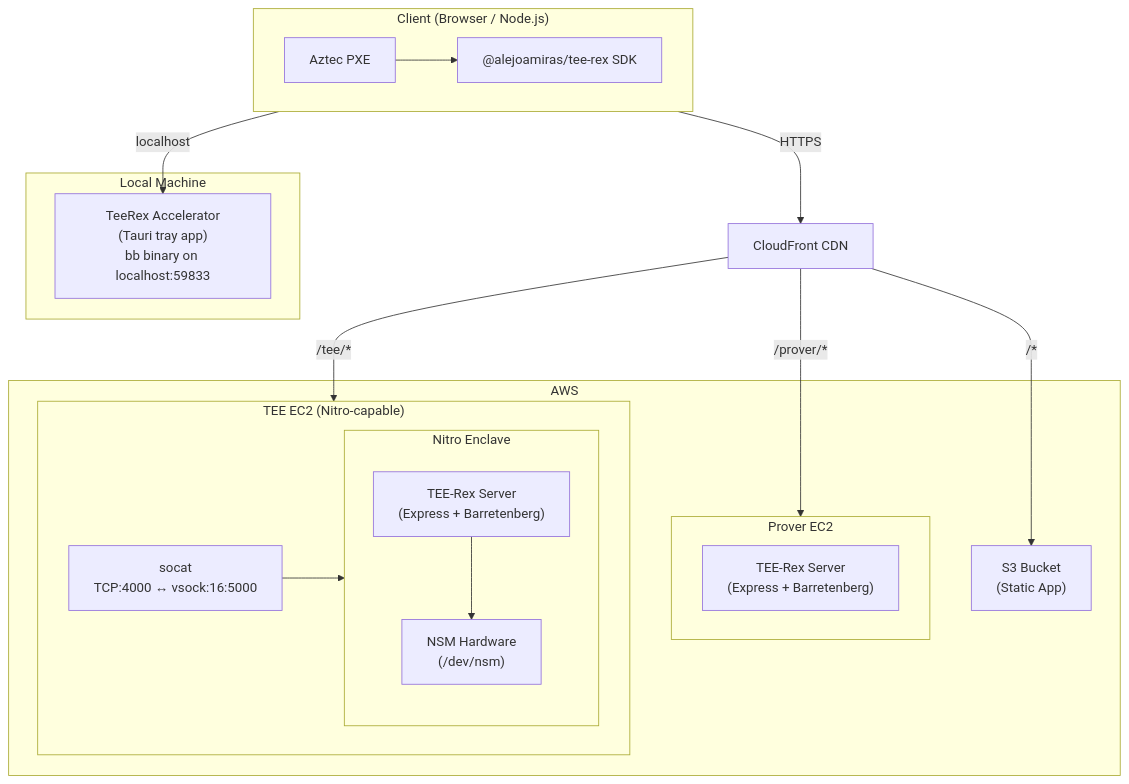
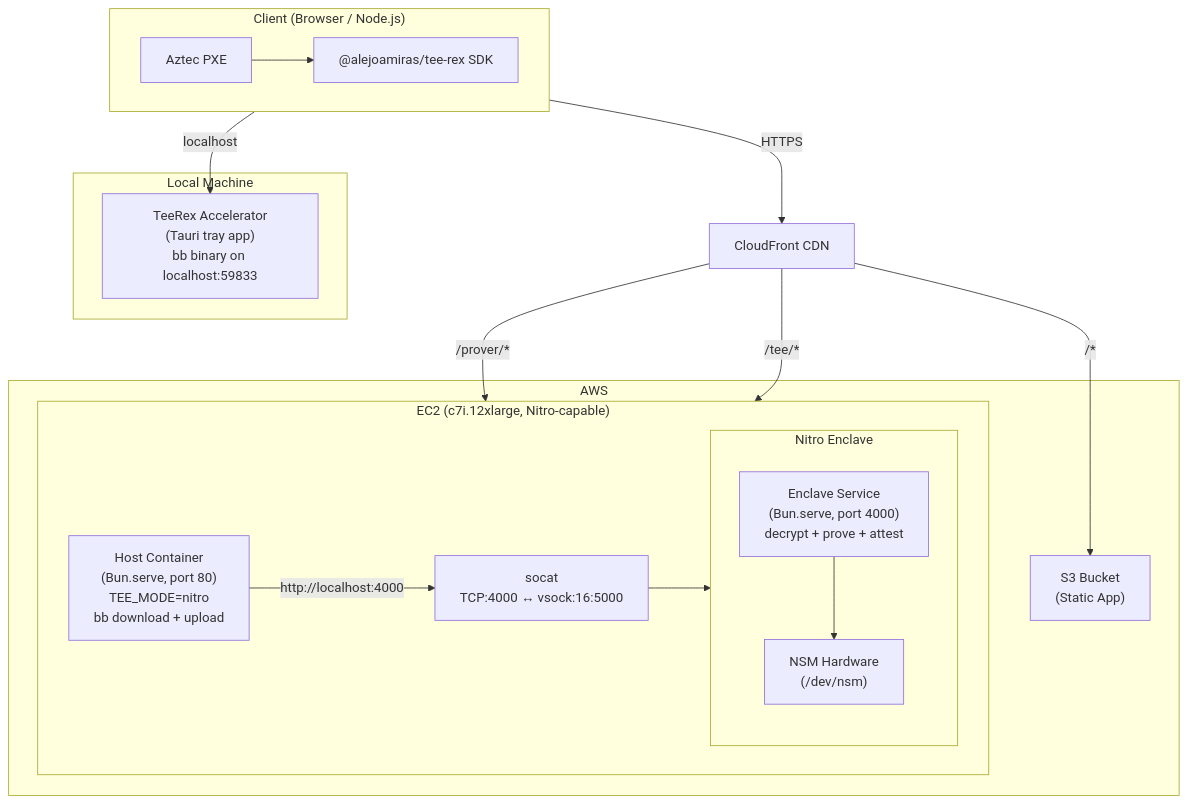
Before and after one commit to alejoamiras/tee-rex: the first of 4 diagrams in docs/architecture.md, drawn with Mermaid. The commit also changed other lines of this file and 40 other files, not shown here.

First line of the commit message:
feat: thin enclave architecture — host-managed bb versions (#193)

````diff
--- a/docs/architecture.md
+++ b/docs/architecture.md
@@ -7,38 +7,36 @@
 ```mermaid
 graph TB
   subgraph Client["Client (Browser / Node.js)"]
     PXE["Aztec PXE"]
     SDK["@alejoamiras/tee-rex SDK"]
     PXE --> SDK
   end
 
   subgraph Local["Local Machine"]
     Accelerator["TeeRex Accelerator<br/>(Tauri tray app)<br/>bb binary on localhost:59833"]
   end
 
   CF["CloudFront CDN"]
 
   subgraph AWS["AWS"]
     S3["S3 Bucket<br/>(Static App)"]
 
-    subgraph ProverEC2["Prover EC2"]
-      ProverServer["TEE-Rex Server<br/>(Express + Barretenberg)"]
-    end
-
-    subgraph TeeEC2["TEE EC2 (Nitro-capable)"]
+    subgraph EC2["EC2 (c7i.12xlarge, Nitro-capable)"]
+      Host["Host Container<br/>(Bun.serve, port 80)<br/>TEE_MODE=nitro<br/>bb download + upload"]
       Socat["socat<br/>TCP:4000 ↔ vsock:16:5000"]
       subgraph Enclave["Nitro Enclave"]
-        TeeServer["TEE-Rex Server<br/>(Express + Barretenberg)"]
+        EnclaveServer["Enclave Service<br/>(Bun.serve, port 4000)<br/>decrypt + prove + attest"]
         NSM["NSM Hardware<br/>(/dev/nsm)"]
-        TeeServer --> NSM
+        EnclaveServer --> NSM
       end
+      Host -->|"http://localhost:4000"| Socat
       Socat --> Enclave
     end
   end
 
   Client -->|"localhost"| Accelerator
   Client -->|"HTTPS"| CF
   CF -->|"/*"| S3
-  CF -->|"/prover/*"| ProverEC2
-  CF -->|"/tee/*"| TeeEC2
+  CF -->|"/prover/*"| EC2
+  CF -->|"/tee/*"| EC2
 ```
````
